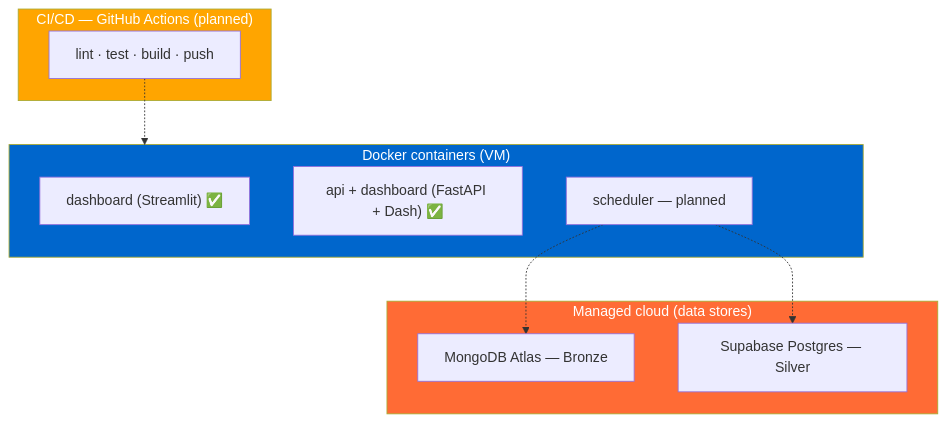
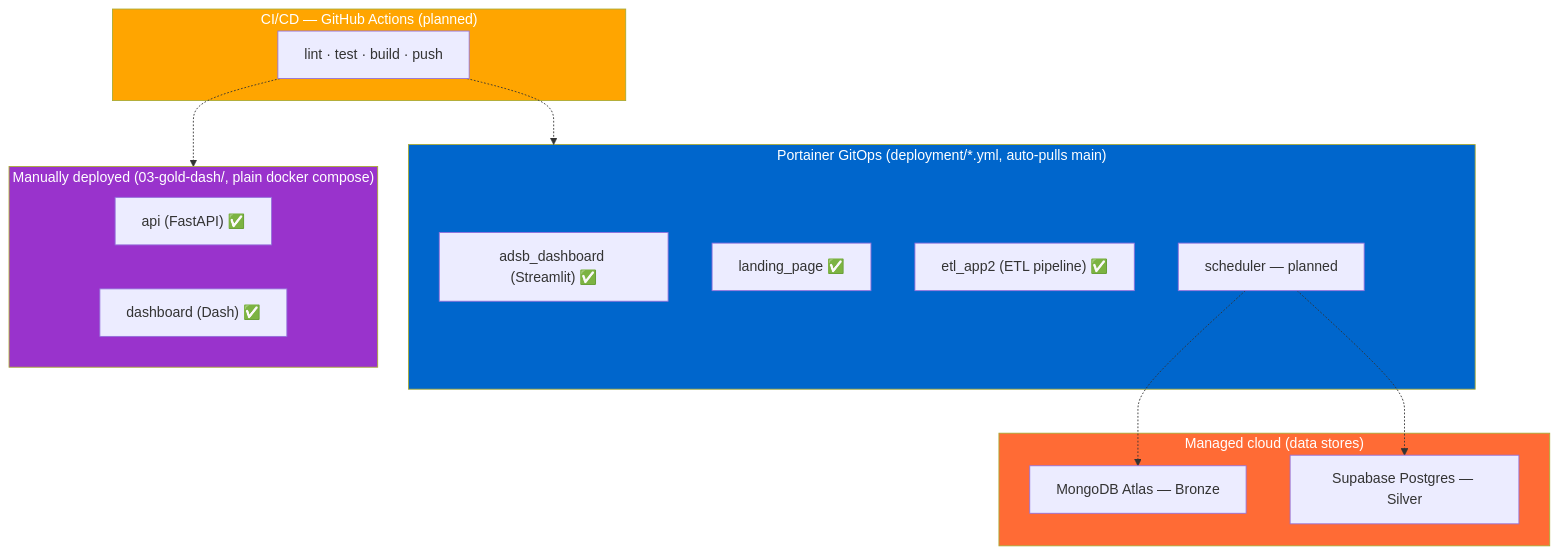
Before and after one commit to MatthiasSails/airline-data-platform: the fourth of 6 diagrams in docs/architecture/README.md, drawn with Mermaid. The commit also changed other lines of this file, not shown here.

First line of the commit message:
docs(architecture): move GitOps-vs-manual split into Deployment

````diff
--- a/docs/architecture/README.md
+++ b/docs/architecture/README.md
@@ -127,23 +128,30 @@
 ```mermaid
 graph TB
     subgraph MANAGED["Managed cloud (data stores)"]
         M1["MongoDB Atlas — Bronze"]
         M2["Supabase Postgres — Silver"]
     end
-    subgraph COMPOSE["Docker containers (VM)"]
-        C1["dashboard (Streamlit) ✅"]
-        C2["api + dashboard (FastAPI + Dash) ✅"]
-        C3["scheduler — planned"]
+    subgraph GITOPS["Portainer GitOps (deployment/*.yml, auto-pulls main)"]
+        D1["adsb_dashboard (Streamlit) ✅"]
+        D2["landing_page ✅"]
+        D3["etl_app2 (ETL pipeline) ✅"]
+        D6["scheduler — planned"]
+    end
+    subgraph MANUAL["Manually deployed (03-gold-dash/, plain docker compose)"]
+        D4["api (FastAPI) ✅"]
+        D5["dashboard (Dash) ✅"]
     end
     subgraph CICD["CI/CD — GitHub Actions (planned)"]
         CI["lint · test · build · push"]
     end
 
-    C3 -.-> M1
-    C3 -.-> M2
-    CI -.-> COMPOSE
+    D6 -.-> M1
+    D6 -.-> M2
+    CI -.-> GITOPS
+    CI -.-> MANUAL
 
     style MANAGED fill:#FF6B35,color:#fff
-    style COMPOSE fill:#0066CC,color:#fff
+    style GITOPS fill:#0066CC,color:#fff
+    style MANUAL fill:#9933CC,color:#fff
     style CICD fill:#FFA500,color:#fff
 ```
````
